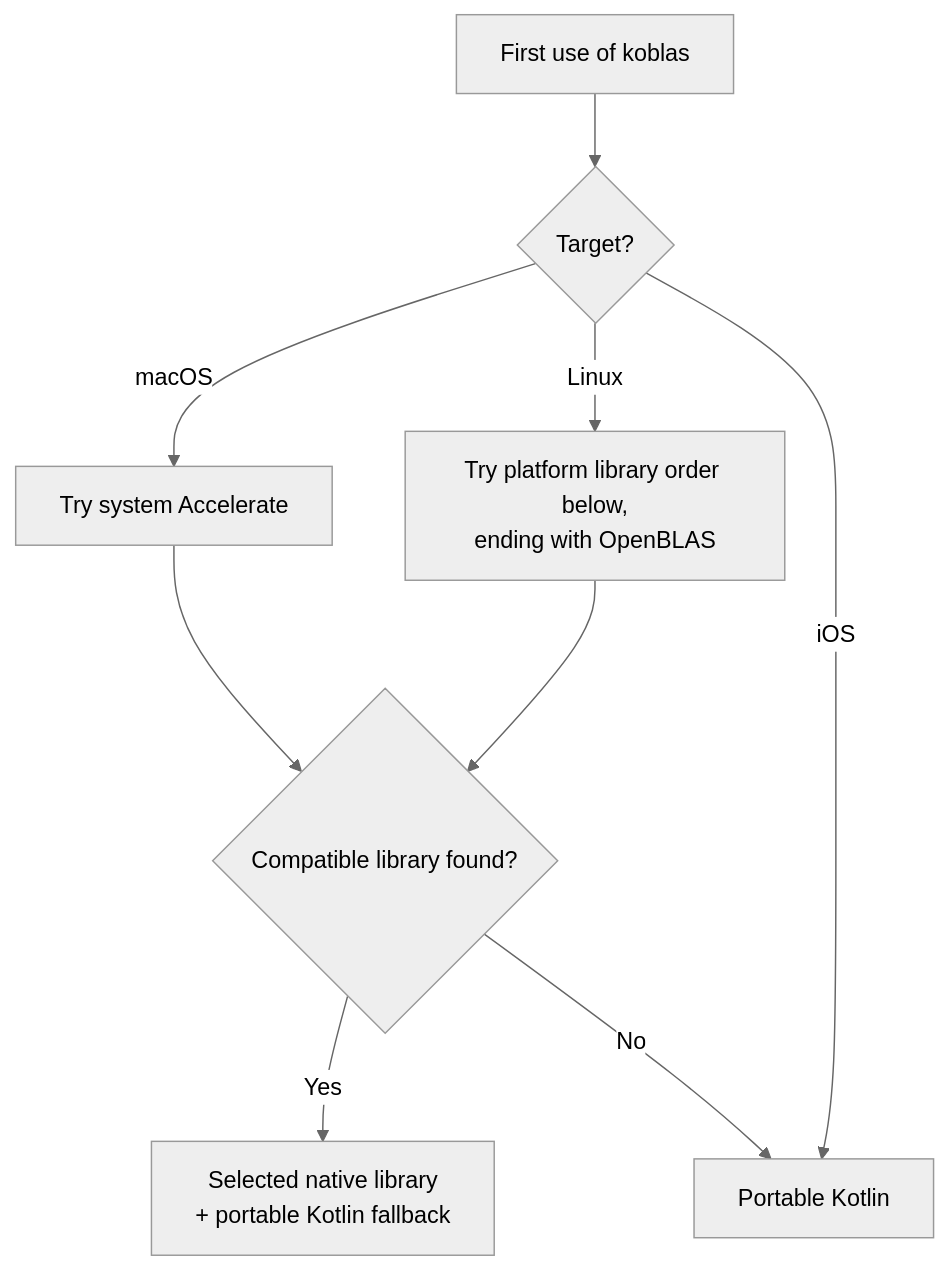
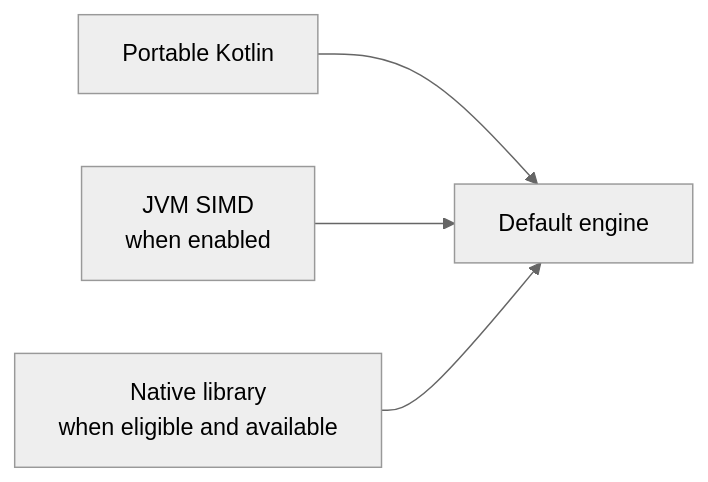
One commit to Eignex/koblas changed the diagram in BACKENDS.md. Above: the diagram before and after it, drawn with Mermaid (neutral theme). The commit also changed other lines of this file, not shown here.

Commit message:
docs: shorten the engine guide

````diff
--- a/BACKENDS.md
+++ b/BACKENDS.md
@@ -47,11 +11,6 @@
 ```mermaid
-flowchart TD
-    N["First use of koblas"] --> T{"Target?"}
-    T -- macOS --> A["Try system Accelerate"]
-    T -- Linux --> V["Try platform library order below,<br/>ending with OpenBLAS"]
-    T -- iOS --> P["Portable Kotlin"]
-    A --> F{"Compatible library found?"}
-    V --> F
-    F -- Yes --> E["Selected native library<br/>+ portable Kotlin fallback"]
-    F -- No --> P
+flowchart LR
+    P["Portable Kotlin"] --> E["Default engine"]
+    S["JVM SIMD<br/>when enabled"] --> E
+    N["Native library<br/>when eligible and available"] --> E
 ```
````
